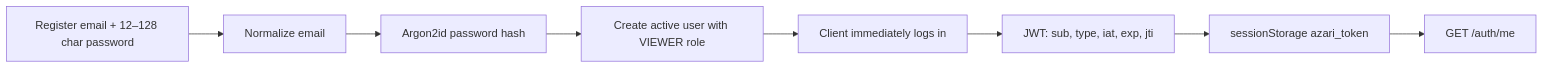
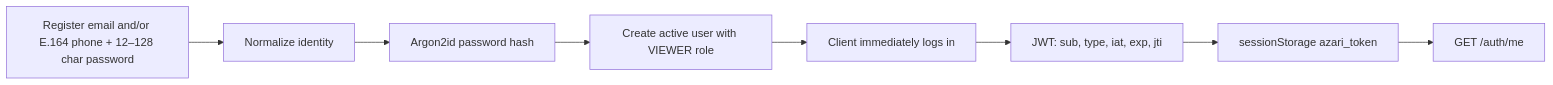
One commit to koushan123/azari-web-app changed the second of 15 diagrams in HOW_THE_PROJECT_WORKS.md. Above: the diagram before and after it, drawn with Mermaid. The commit also changed other lines of this file and 16 other files, not shown here.

Commit message:
Support email or phone registration and login

````diff
--- a/HOW_THE_PROJECT_WORKS.md
+++ b/HOW_THE_PROJECT_WORKS.md
@@ -129,10 +129,10 @@
 ```mermaid
 flowchart LR
-    R[Register email + 12–128 char password] --> N[Normalize email]
+    R[Register email and/or E.164 phone + 12–128 char password] --> N[Normalize identity]
     N --> H[Argon2id password hash]
     H --> V[Create active user with VIEWER role]
     V --> L[Client immediately logs in]
     L --> J[JWT: sub, type, iat, exp, jti]
     J --> S[sessionStorage azari_token]
     S --> M[GET /auth/me]
 ```
````
